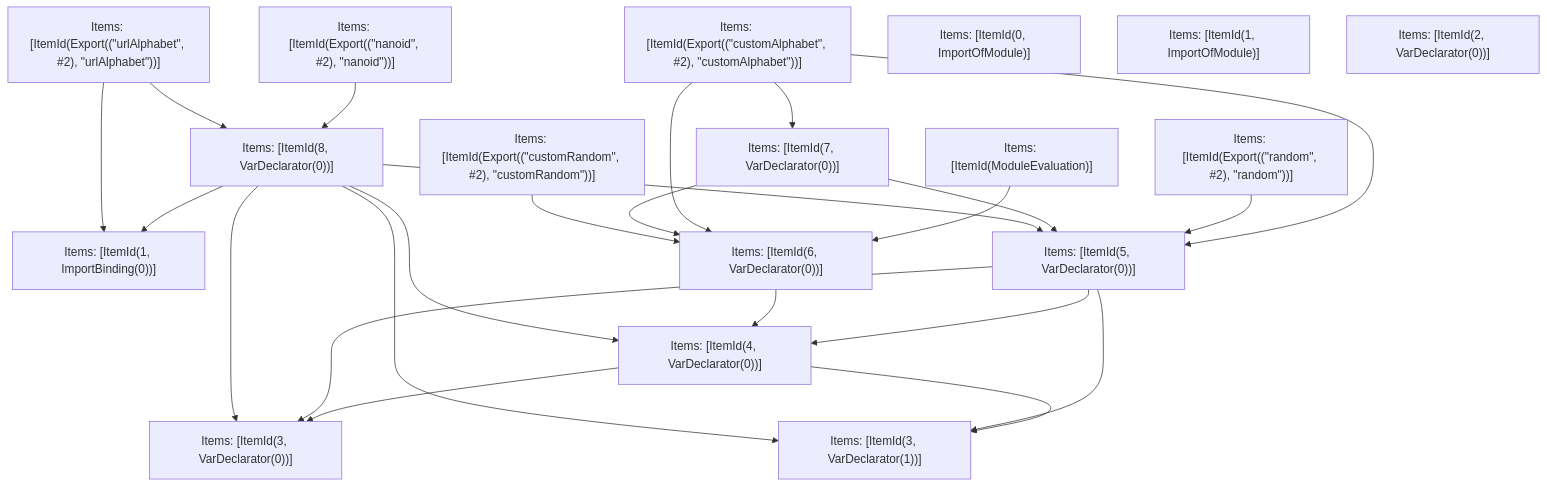
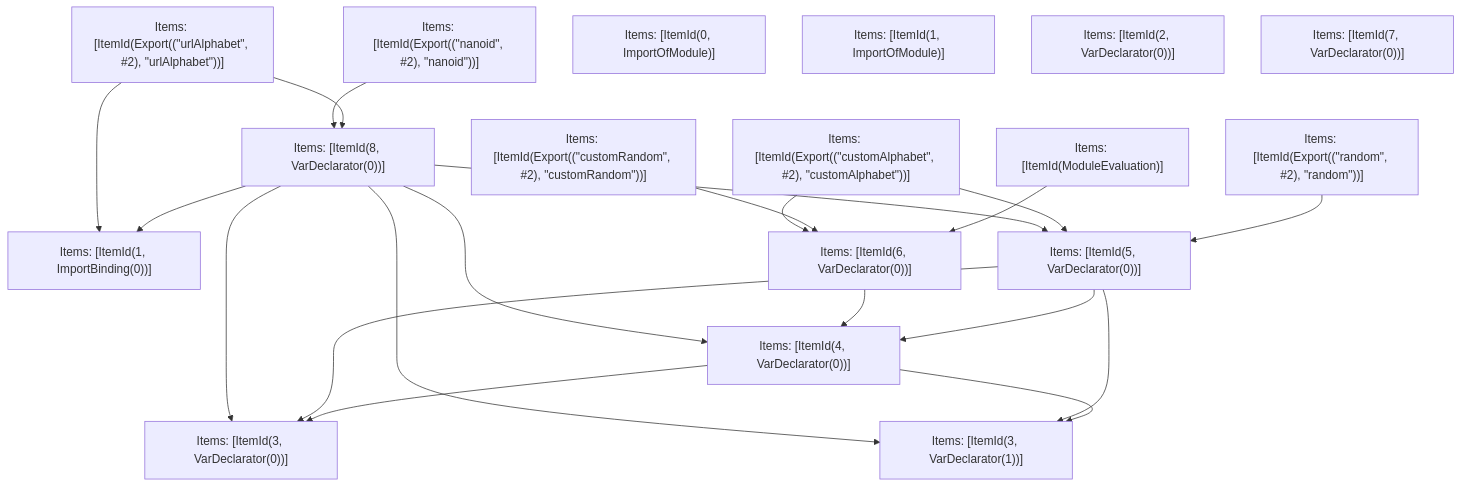
Before and after one commit to Sonar-UX-Testing-FreePlan/next.js: the fifth of 5 diagrams in turbopack/crates/turbopack-ecmascript/tests/tree-shaker/analyzer/nanoid/output.md, drawn with Mermaid. The commit also changed other lines of this file and 30 other files, not shown here.

````diff
--- a/turbopack/crates/turbopack-ecmascript/tests/tree-shaker/analyzer/nanoid/output.md
+++ b/turbopack/crates/turbopack-ecmascript/tests/tree-shaker/analyzer/nanoid/output.md
@@ -349,42 +349,39 @@
 ```mermaid
 graph TD
     N0["Items: [ItemId(ModuleEvaluation)]"];
     N1["Items: [ItemId(Export((&quot;customAlphabet&quot;, #2), &quot;customAlphabet&quot;))]"];
     N2["Items: [ItemId(Export((&quot;customRandom&quot;, #2), &quot;customRandom&quot;))]"];
     N3["Items: [ItemId(Export((&quot;nanoid&quot;, #2), &quot;nanoid&quot;))]"];
     N4["Items: [ItemId(Export((&quot;random&quot;, #2), &quot;random&quot;))]"];
     N5["Items: [ItemId(Export((&quot;urlAlphabet&quot;, #2), &quot;urlAlphabet&quot;))]"];
     N6["Items: [ItemId(1, ImportBinding(0))]"];
     N7["Items: [ItemId(3, VarDeclarator(0))]"];
     N8["Items: [ItemId(3, VarDeclarator(1))]"];
     N9["Items: [ItemId(4, VarDeclarator(0))]"];
     N10["Items: [ItemId(5, VarDeclarator(0))]"];
     N11["Items: [ItemId(6, VarDeclarator(0))]"];
-    N12["Items: [ItemId(7, VarDeclarator(0))]"];
-    N13["Items: [ItemId(8, VarDeclarator(0))]"];
-    N14["Items: [ItemId(0, ImportOfModule)]"];
-    N15["Items: [ItemId(1, ImportOfModule)]"];
-    N16["Items: [ItemId(2, VarDeclarator(0))]"];
+    N12["Items: [ItemId(8, VarDeclarator(0))]"];
+    N13["Items: [ItemId(0, ImportOfModule)]"];
+    N14["Items: [ItemId(1, ImportOfModule)]"];
+    N15["Items: [ItemId(2, VarDeclarator(0))]"];
+    N16["Items: [ItemId(7, VarDeclarator(0))]"];
     N0 --> N11;
     N9 --> N7;
-    N1 --> N10;
-    N1 --> N11;
+    N5 --> N12;
+    N2 --> N11;
     N9 --> N8;
     N4 --> N10;
     N10 --> N9;
     N10 --> N7;
     N10 --> N8;
     N11 --> N9;
-    N12 --> N11;
+    N1 --> N10;
+    N1 --> N11;
+    N12 --> N9;
+    N12 --> N8;
+    N12 --> N6;
     N12 --> N10;
-    N13 --> N9;
-    N13 --> N8;
-    N13 --> N6;
-    N13 --> N10;
-    N13 --> N7;
-    N3 --> N13;
-    N1 --> N12;
-    N2 --> N11;
-    N5 --> N13;
+    N12 --> N7;
+    N3 --> N12;
     N5 --> N6;
 ```
````
